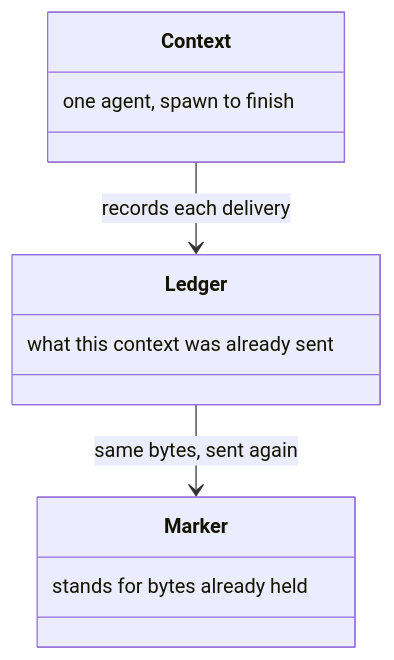
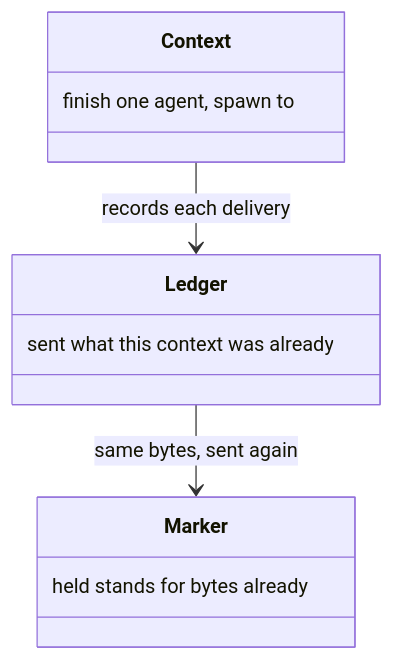
One commit to m2ux/workflow-server changed diagram 24 of 26 in docs/delivery.md. Above: the diagram before and after it, drawn with Mermaid. The commit also changed other lines of this file and 13 other files, not shown here.

````diff
--- a/docs/delivery.md
+++ b/docs/delivery.md
@@ -420,14 +420,14 @@
 ```mermaid
 classDiagram
   class Context {
-    one agent, spawn to finish
+    finish one agent, spawn to
   }
   class Ledger {
-    what this context was already sent
+    sent what this context was already
   }
   class Marker {
-    stands for bytes already held
+    held stands for bytes already
   }
   Context --> Ledger : records each delivery
   Ledger --> Marker : same bytes, sent again
 ```
````
